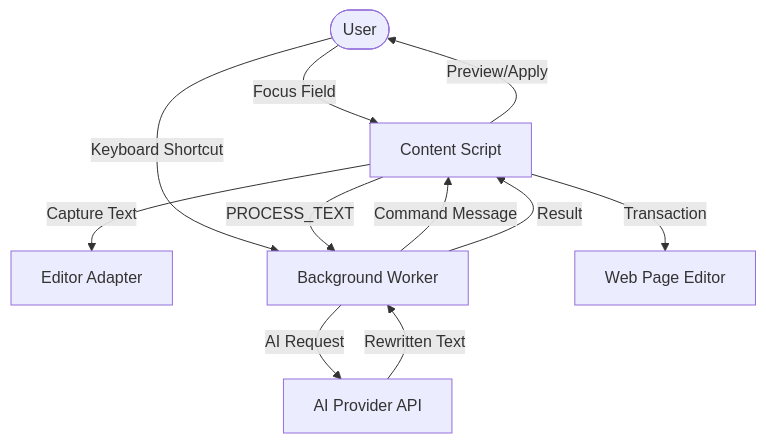
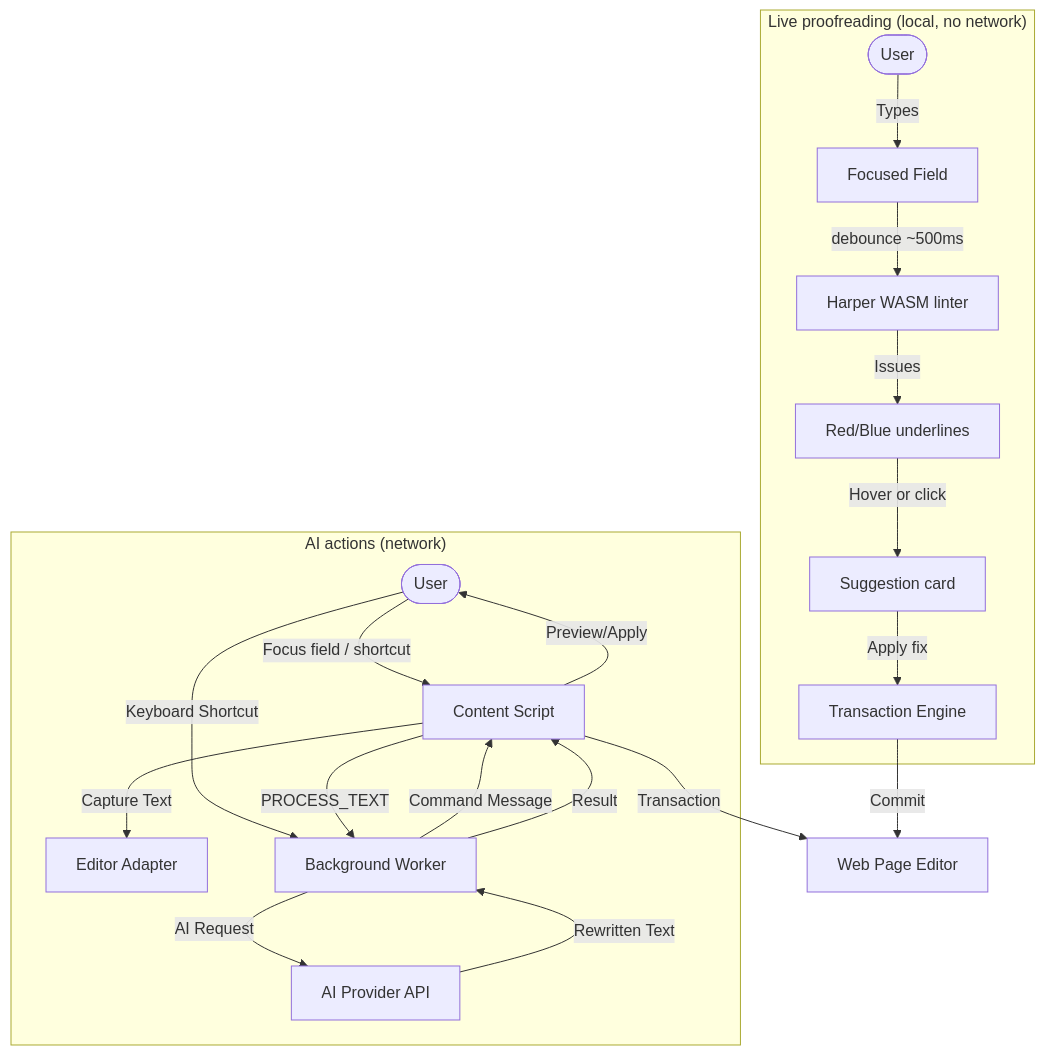
One commit to rabden/hone-compose changed the diagram in architecture.md. Above: the diagram before and after it, drawn with Mermaid. The commit also changed other lines of this file and 2 other files, not shown here.

````diff
--- a/architecture.md
+++ b/architecture.md
@@ -9,13 +9,25 @@
 ```mermaid
 graph TD
-    User([User]) -->|Focus Field| Content[Content Script]
-    Content -->|Capture Text| Adapter[Editor Adapter]
-    User -->|Keyboard Shortcut| BG[Background Worker]
-    BG -->|Command Message| Content
-    Content -->|PROCESS_TEXT| BG
-    BG -->|AI Request| AI[AI Provider API]
-    AI -->|Rewritten Text| BG
-    BG -->|Result| Content
-    Content -->|Preview/Apply| User
-    Content -->|Transaction| Editor[Web Page Editor]
+    subgraph LiveProofreading["Live proofreading (local, no network)"]
+        User([User]) -->|Types| Field[Focused Field]
+        Field -->|debounce ~500ms| Lint[Harper WASM linter]
+        Lint -->|Issues| Underline[Red/Blue underlines]
+        Underline -->|Hover or click| Card[Suggestion card]
+        Card -->|Apply fix| Tx[Transaction Engine]
+    end
+
+    subgraph AIActions["AI actions (network)"]
+        User2([User]) -->|Focus field / shortcut| Content[Content Script]
+        Content -->|Capture Text| Adapter[Editor Adapter]
+        User2 -->|Keyboard Shortcut| BG[Background Worker]
+        BG -->|Command Message| Content
+        Content -->|PROCESS_TEXT| BG
+        BG -->|AI Request| AI[AI Provider API]
+        AI -->|Rewritten Text| BG
+        BG -->|Result| Content
+        Content -->|Preview/Apply| User2
+    end
+
+    Tx -->|Commit| Editor[Web Page Editor]
+    Content -->|Transaction| Editor
 ```
````
